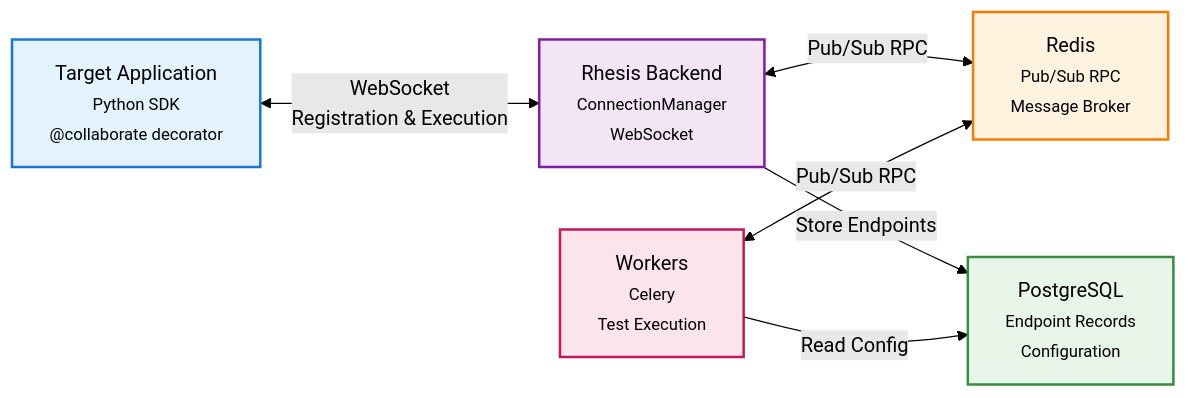
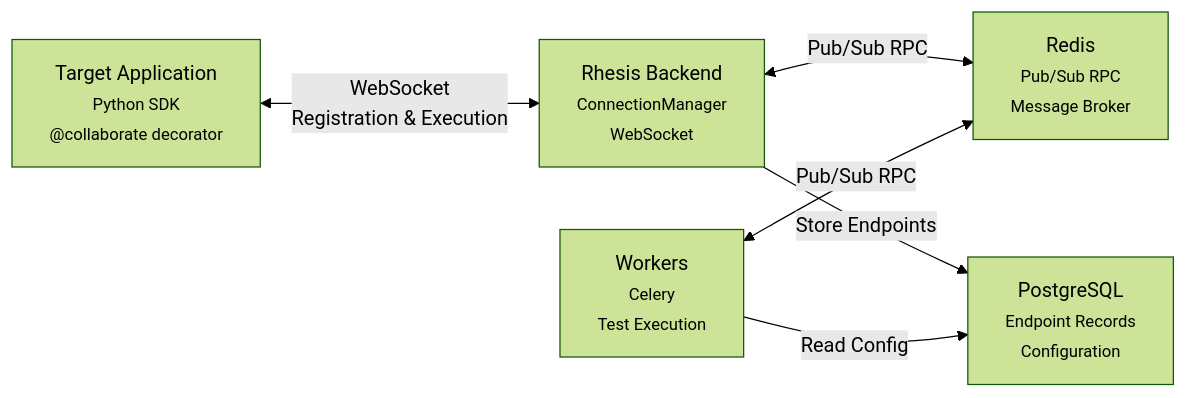
One commit to rhesis-ai/rhesis changed the diagram in docs/content/development/connector.mdx. Above: the diagram before and after it, drawn with Mermaid (forest theme). The commit also changed 2 other files, not shown here.

Commit message:
docs: update diagrams to use theme-aware styling
- Add Mermaid diagram to core concepts workflow
- Remove inline Mermaid styles (now handled by CSS)
- Fix typo in concepts guide

````diff
--- a/docs/content/development/connector.mdx
+++ b/docs/content/development/connector.mdx
@@ -11,20 +11,14 @@
 ```mermaid
 graph LR
     TargetApp["Target Application<br/><small>Python SDK<br/>@collaborate decorator</small>"]
     Backend["Rhesis Backend<br/><small>ConnectionManager<br/>WebSocket</small>"]
     Workers["Workers<br/><small>Celery<br/>Test Execution</small>"]
     Redis["Redis<br/><small>Pub/Sub RPC<br/>Message Broker</small>"]
     PostgreSQL["PostgreSQL<br/><small>Endpoint Records<br/>Configuration</small>"]
 
     TargetApp <-->|WebSocket<br/>Registration & Execution| Backend
     Backend <-->|Pub/Sub RPC| Redis
     Workers <-->|Pub/Sub RPC| Redis
     Backend -->|Store Endpoints| PostgreSQL
     Workers -->|Read Config| PostgreSQL
-
-    style TargetApp fill:#e3f2fd,stroke:#1976d2,stroke-width:2px
-    style Backend fill:#f3e5f5,stroke:#7b1fa2,stroke-width:2px
-    style Workers fill:#fce4ec,stroke:#c2185b,stroke-width:2px
-    style Redis fill:#fff3e0,stroke:#f57c00,stroke-width:2px
-    style PostgreSQL fill:#e8f5e9,stroke:#388e3c,stroke-width:2px
 ```
````
